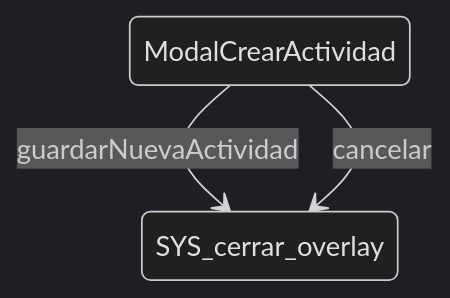
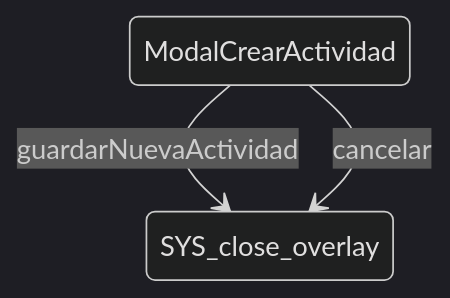
The diagram in spec/docs/sistema/overlays/ModalCrearActividad.md (cepeche/Trenza-DSL), drawn with Mermaid (dark theme) before and after one commit. The commit also changed other lines of this file and 2250 other files, not shown here.

````diff
--- a/spec/docs/sistema/overlays/ModalCrearActividad.md
+++ b/spec/docs/sistema/overlays/ModalCrearActividad.md
@@ -17,5 +18,5 @@
 ```mermaid
 stateDiagram-v2
-    ModalCrearActividad --> SYS_cerrar_overlay : guardarNuevaActividad
-    ModalCrearActividad --> SYS_cerrar_overlay : cancelar
+    ModalCrearActividad --> SYS_close_overlay : guardarNuevaActividad
+    ModalCrearActividad --> SYS_close_overlay : cancelar
 ```
````
